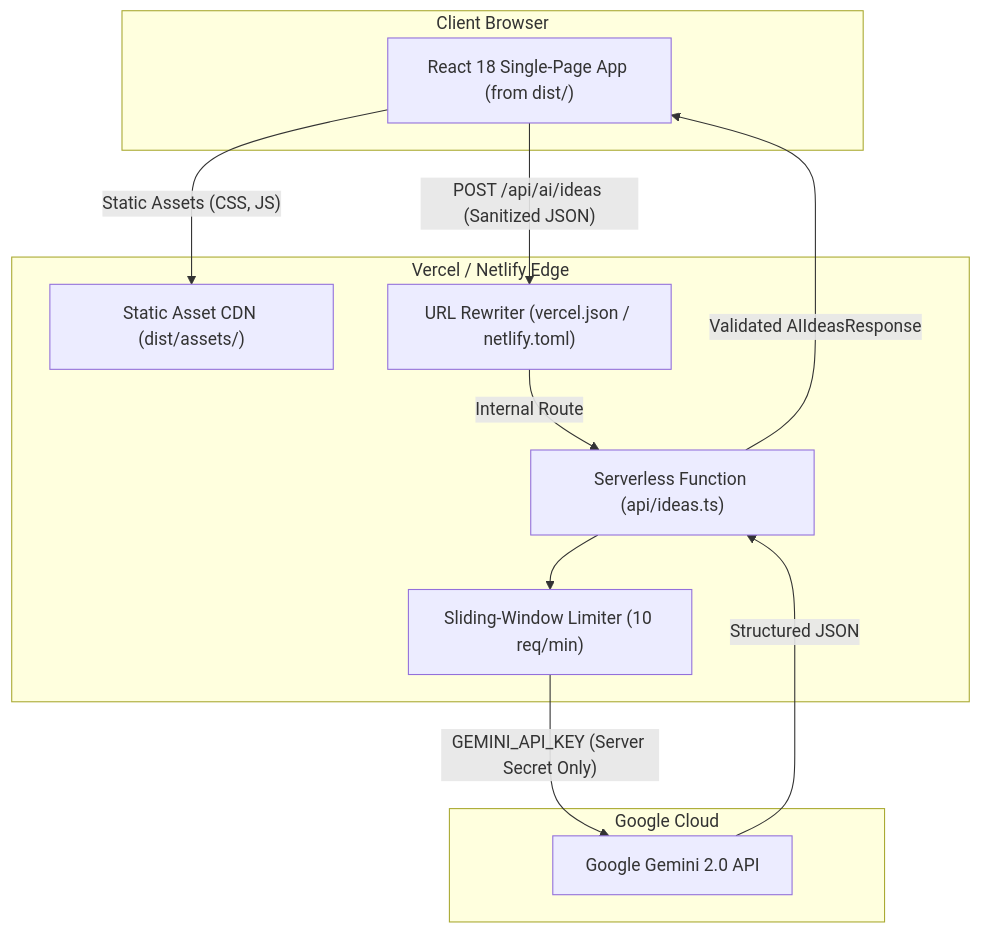
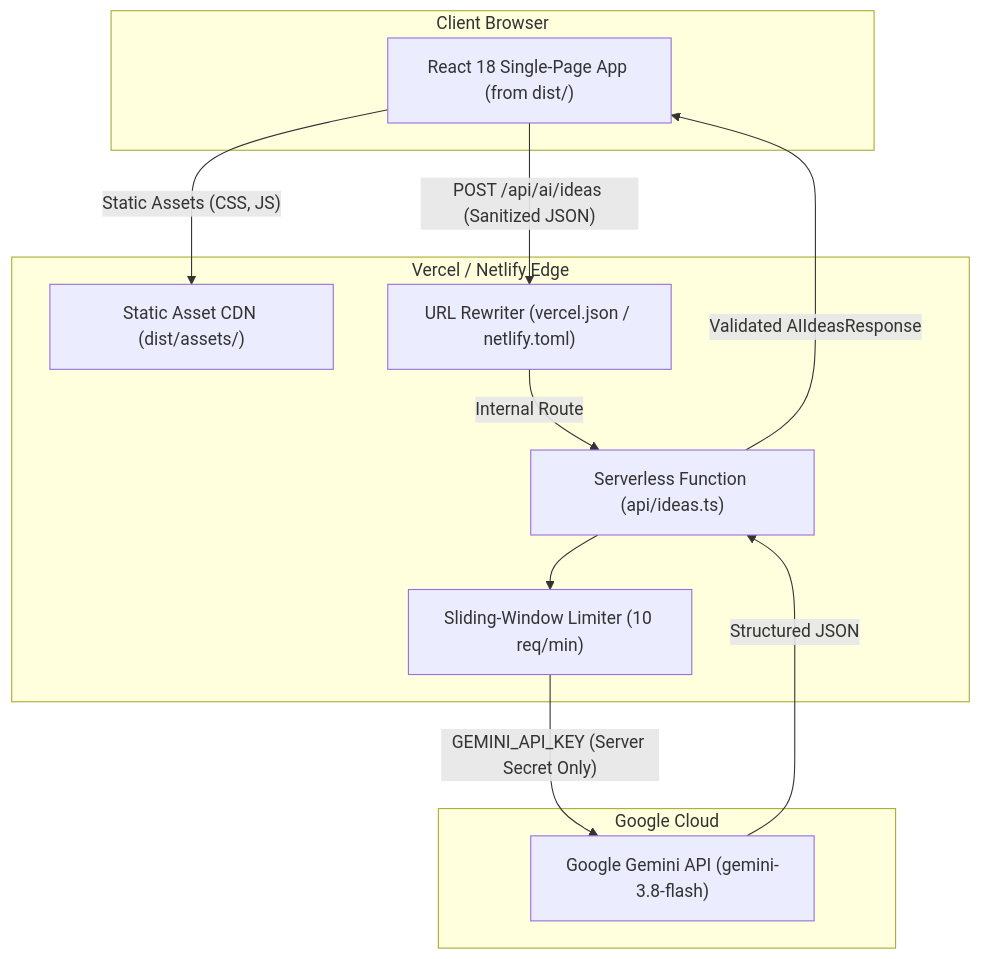
Before and after one commit to bright-phoenix-dev/celebration_planner-PROMPTWARS: the diagram in submission/DEPLOYMENT.md, drawn with Mermaid. The commit also changed 29 other files, not shown here.

Commit message:
Refactor to pure Vite SPA architecture, modular serverless API, enhanced security and a11y

````diff
--- a/submission/DEPLOYMENT.md
+++ b/submission/DEPLOYMENT.md
@@ -9,25 +9,25 @@
 ```mermaid
 flowchart TD
     subgraph Client["Client Browser"]
         SPA["React 18 Single-Page App (from dist/)"]
     end
 
     subgraph Host["Vercel / Netlify Edge"]
         CDN["Static Asset CDN (dist/assets/)"]
         Rewrite["URL Rewriter (vercel.json / netlify.toml)"]
         Function["Serverless Function (api/ideas.ts)"]
         RateLimiter["Sliding-Window Limiter (10 req/min)"]
     end
 
     subgraph GoogleCloud["Google Cloud"]
-        Gemini["Google Gemini 2.0 API"]
+        Gemini["Google Gemini API (gemini-3.8-flash)"]
     end
 
     SPA -- "Static Assets (CSS, JS)" --> CDN
     SPA -- "POST /api/ai/ideas (Sanitized JSON)" --> Rewrite
     Rewrite -- "Internal Route" --> Function
     Function --> RateLimiter
     RateLimiter -- "GEMINI_API_KEY (Server Secret Only)" --> Gemini
     Gemini -- "Structured JSON" --> Function
     Function -- "Validated AIIdeasResponse" --> SPA
 ```
````
